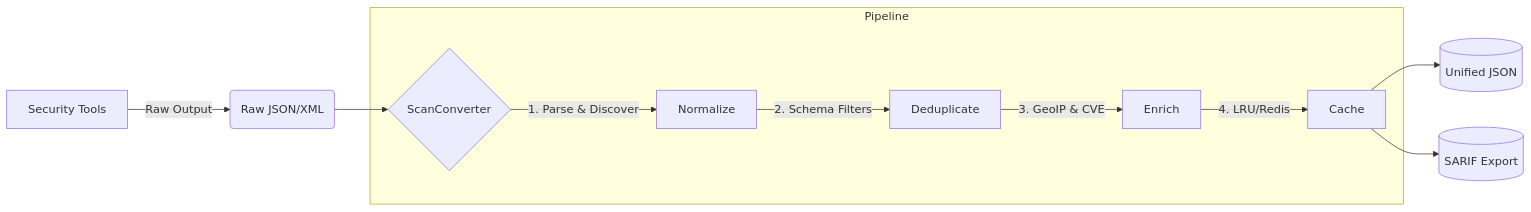
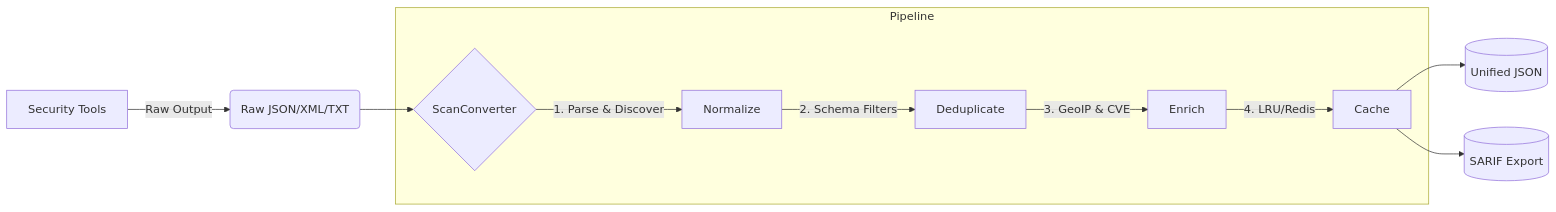
Before and after one commit to Ammar777782439/scanconverter: the diagram in README.md, drawn with Mermaid. The commit also changed other lines of this file, not shown here.

````diff
--- a/README.md
+++ b/README.md
@@ -34,15 +58,15 @@
 ```mermaid
 graph LR
-    A[Security Tools] -->|Raw Output| B(Raw JSON/XML)
+    A[Security Tools] -->|Raw Output| B(Raw JSON/XML/TXT)
     B --> D{ScanConverter}
     
     subgraph Pipeline
     D -->|1. Parse & Discover| E[Normalize]
     E -->|2. Schema Filters| F[Deduplicate]
     F -->|3. GeoIP & CVE| G[Enrich]
     G -->|4. LRU/Redis| H[Cache]
     end
     
     H --> I[(Unified JSON)]
     H --> J[(SARIF Export)]
 ```
````
